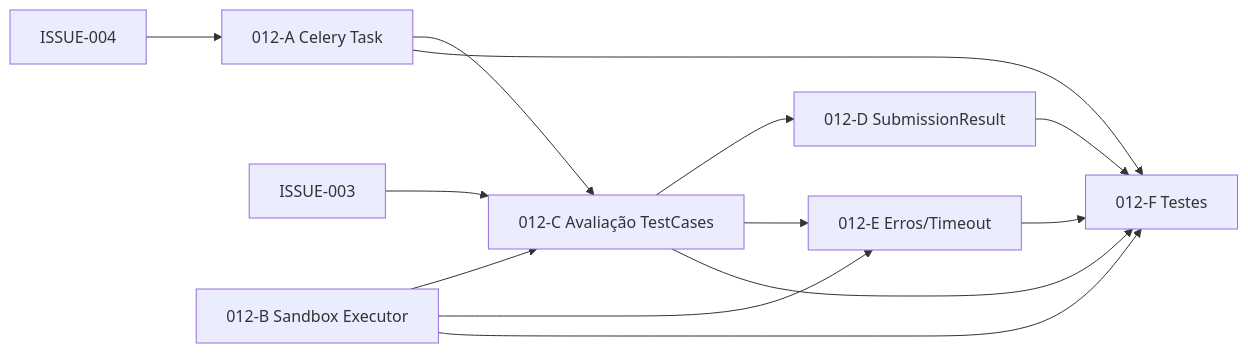
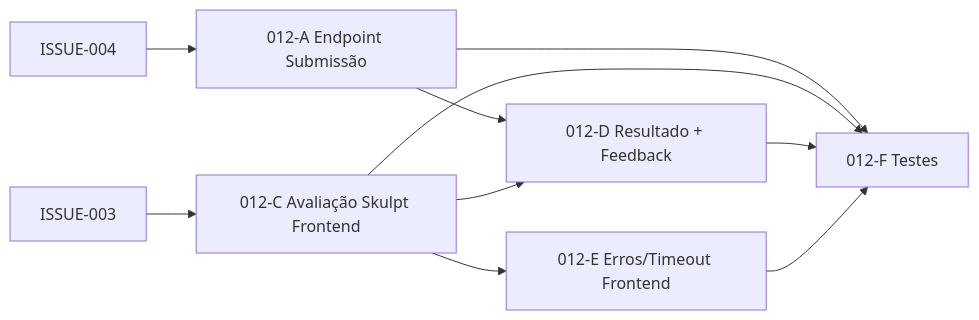
Before and after one commit to marquezzin/ingenia: the seventh of 13 diagrams in docs/requirements/ingenia-documents/issue_analysis.md, drawn with Mermaid. The commit also changed other lines of this file and 15 other files, not shown here.

````diff
--- a/docs/requirements/ingenia-documents/issue_analysis.md
+++ b/docs/requirements/ingenia-documents/issue_analysis.md
@@ -293,15 +293,12 @@
 ```mermaid
 graph LR
-    E004[ISSUE-004] --> A012[012-A Celery Task]
-    E003[ISSUE-003] --> C012[012-C Avaliação TestCases]
-    A012 --> C012
-    B012[012-B Sandbox Executor] --> C012
-    C012 --> D012[012-D SubmissionResult]
-    B012 --> E012[012-E Erros/Timeout]
-    C012 --> E012
+    E004[ISSUE-004] --> A012[012-A Endpoint Submissão]
+    E003[ISSUE-003] --> C012[012-C Avaliação Skulpt Frontend]
+    A012 --> D012[012-D Resultado + Feedback]
+    C012 --> D012
+    C012 --> E012[012-E Erros/Timeout Frontend]
     A012 --> F012[012-F Testes]
-    B012 --> F012
     C012 --> F012
     D012 --> F012
     E012 --> F012
 ```
````
